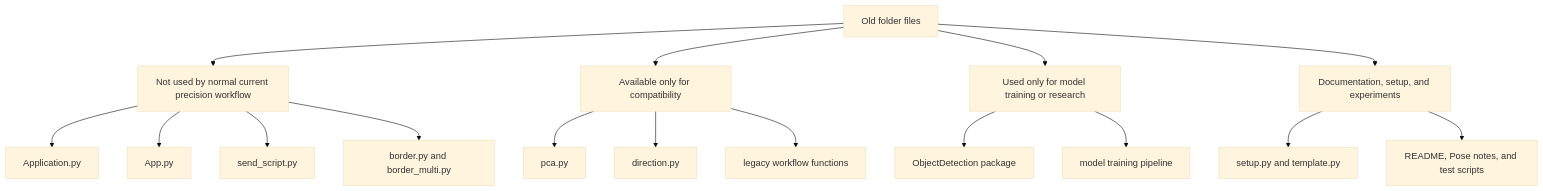
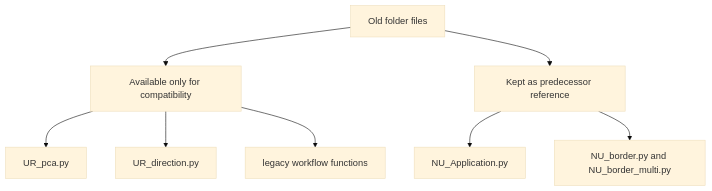
The seventh of 8 diagrams in UR_Audio_Steuerung_Using_LLM/OLD_NEW_SCRIPT_COMMUNICATION.md (Gaurang8200/MASTER_THESIS), drawn with Mermaid (base theme) before and after one commit. The commit also changed other lines of this file and 107 other files, not shown here.

````diff
--- a/UR_Audio_Steuerung_Using_LLM/OLD_NEW_SCRIPT_COMMUNICATION.md
+++ b/UR_Audio_Steuerung_Using_LLM/OLD_NEW_SCRIPT_COMMUNICATION.md
@@ -293,28 +293,15 @@
 ```mermaid
 flowchart TD
     OldFiles["Old folder files"]
-    NotCurrent["Not used by normal current precision workflow"]
     Compatibility["Available only for compatibility"]
-    Training["Used only for model training or research"]
-    Support["Documentation, setup, and experiments"]
+    Reference["Kept as predecessor reference"]
 
-    OldFiles --> NotCurrent
     OldFiles --> Compatibility
-    OldFiles --> Training
-    OldFiles --> Support
+    OldFiles --> Reference
 
-    NotCurrent --> OldApplication["Application.py"]
-    NotCurrent --> OldApp["App.py"]
-    NotCurrent --> SendTest["send_script.py"]
-    NotCurrent --> BorderExperiment["border.py and border_multi.py"]
-
-    Compatibility --> OldPCA["pca.py"]
-    Compatibility --> OldDirection["direction.py"]
+    Compatibility --> OldPCA["UR_pca.py"]
+    Compatibility --> OldDirection["UR_direction.py"]
     Compatibility --> LegacyWorkflow["legacy workflow functions"]
-
-    Training --> TrainingPackage["ObjectDetection package"]
-    Training --> Trainer["model training pipeline"]
-
-    Support --> Setup["setup.py and template.py"]
-    Support --> Notes["README, Pose notes, and test scripts"]
+    Reference --> OldApplication["NU_Application.py"]
+    Reference --> BorderExperiment["NU_border.py and NU_border_multi.py"]
 ```
````
